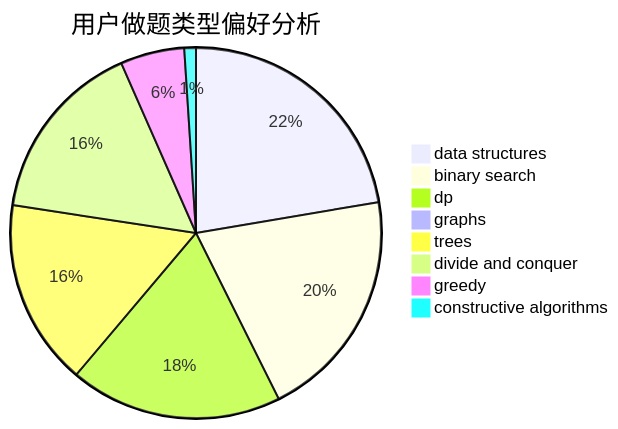
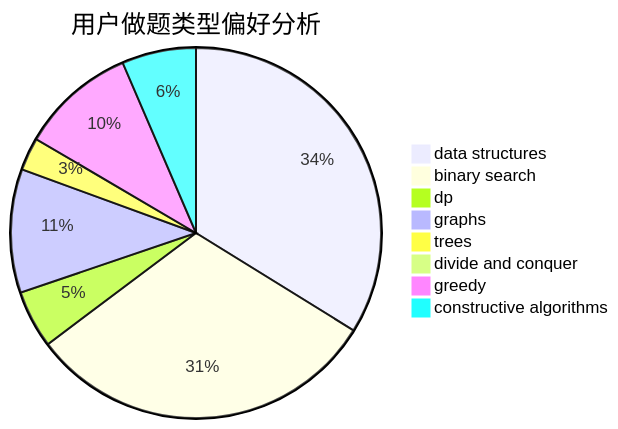
The second of 3 diagrams in docs/user/u859.md (sherpahu/cfrs.github.io), drawn with Mermaid before and after one commit. The commit also changed other lines of this file and 2770 other files, not shown here.

````diff
--- a/docs/user/u859.md
+++ b/docs/user/u859.md
@@ -23,11 +23,11 @@
 ```mermaid
 pie title 用户做题类型偏好分析
-    "data structures" :  88
-    "binary search" :  80
-    "dp" :  73
-    "graphs" :  3
-    "trees" :  64
-    "divide and conquer" :  63
-    "greedy" :  22
-    "constructive algorithms" :  4
+    "data structures" :  47
+    "binary search" :  43
+    "dp" :  7
+    "graphs" :  15
+    "trees" :  4
+    "divide and conquer" :  0
+    "greedy" :  14
+    "constructive algorithms" :  9
 ```
````
